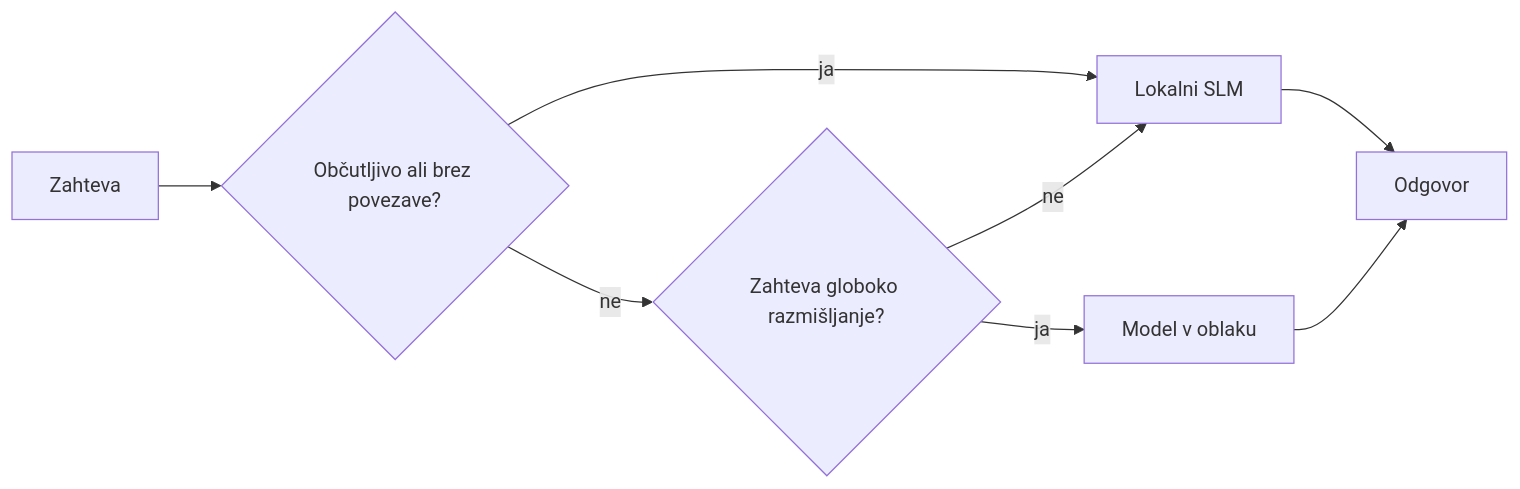
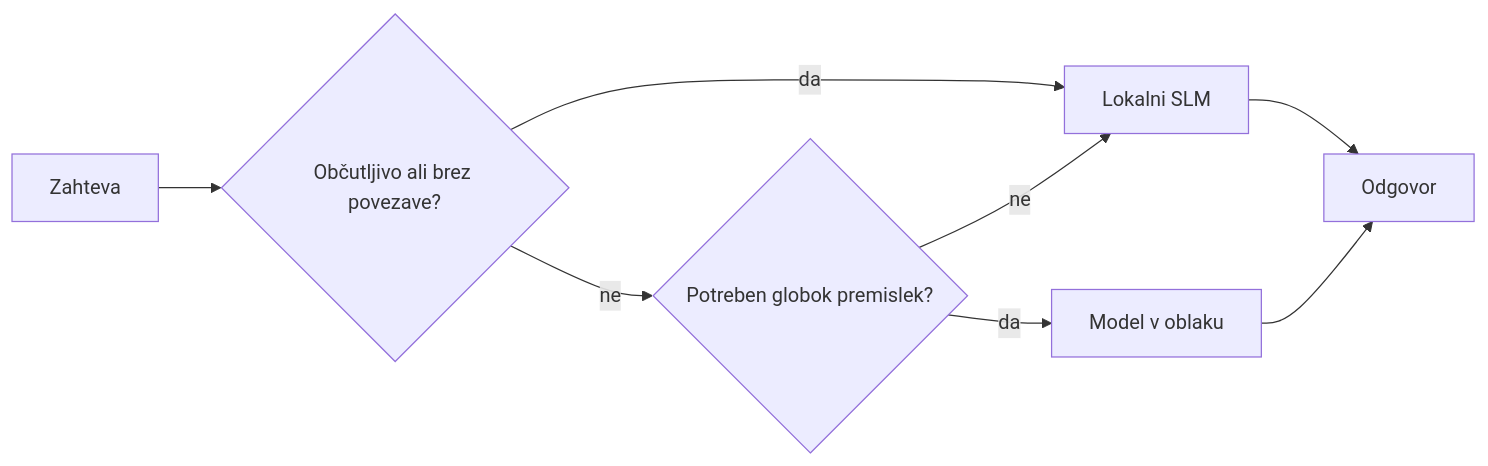
The fourth of 4 diagrams in translations/sl/17-creating-local-ai-agents/README.md (microsoft/ai-agents-for-beginners), drawn with Mermaid before and after one commit. The commit also changed other lines of this file and 47 other files, not shown here.

````diff
--- a/translations/sl/17-creating-local-ai-agents/README.md
+++ b/translations/sl/17-creating-local-ai-agents/README.md
@@ -156,10 +156,10 @@
 ```mermaid
 flowchart LR
     Q[Zahteva] --> S{Občutljivo ali brez povezave?}
-    S -->|ja| L[Lokalni SLM]
-    S -->|ne| C{Zahteva globoko razmišljanje?}
+    S -->|da| L[Lokalni SLM]
+    S -->|ne| C{Potreben globok premislek?}
     C -->|ne| L
-    C -->|ja| Cloud[Model v oblaku]
+    C -->|da| Cloud[Model v oblaku]
     L --> Out[Odgovor]
     Cloud --> Out
 ```
````
